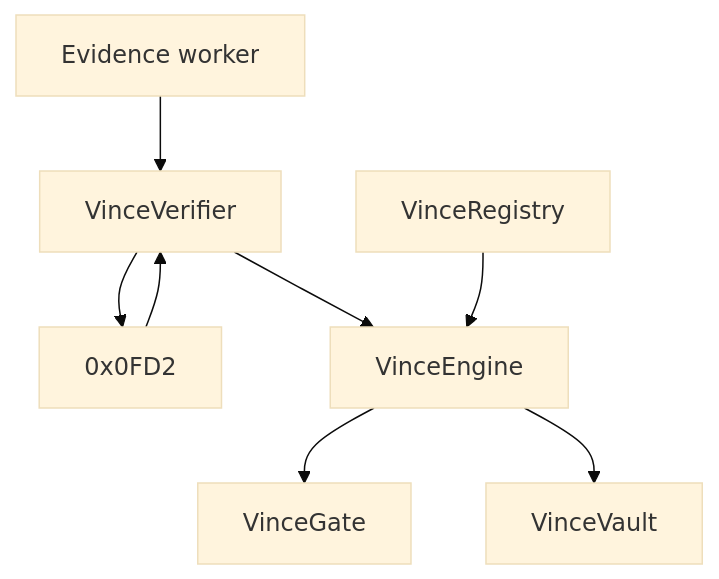
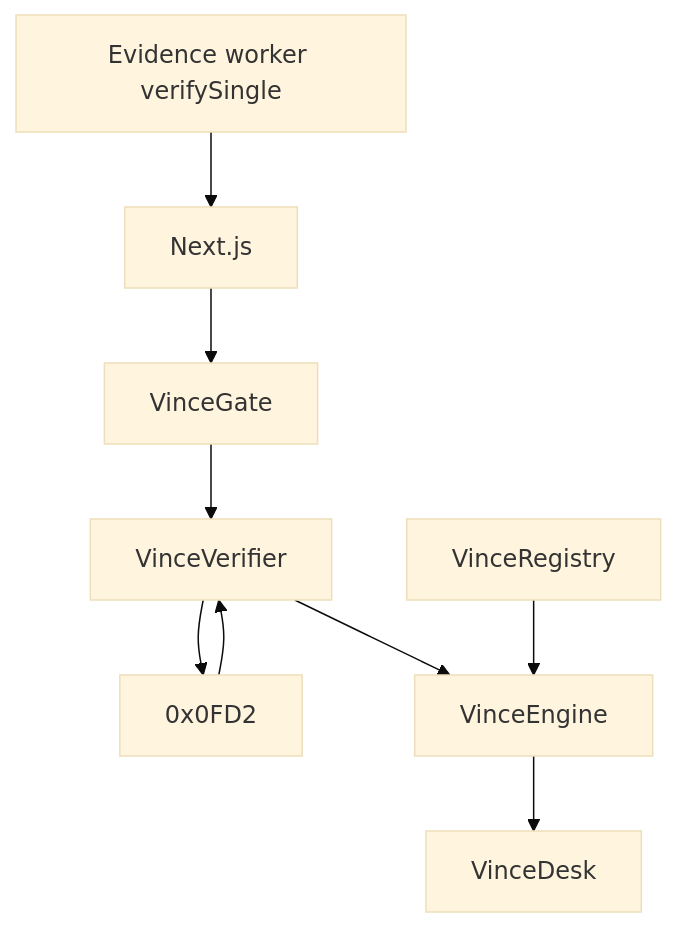
Before and after one commit to godspowerufot/VINCE: the diagram in docs/contracts/architecture.md, drawn with Mermaid (base theme). The commit also changed other lines of this file and 73 other files, not shown here.

First line of the commit message:
Settle VINCE on Creditcoin Testnet with gate, desk, and wallet submit.

````diff
--- a/docs/contracts/architecture.md
+++ b/docs/contracts/architecture.md
@@ -24,10 +22,11 @@
 ```mermaid
 flowchart TB
-  W["Evidence worker"] --> V["VinceVerifier"]
+  W["Evidence worker verifySingle"] --> UI["Next.js"]
+  UI --> G["VinceGate"]
+  G --> V["VinceVerifier"]
   V --> PRE["0x0FD2"]
   PRE --> V
   V --> E["VinceEngine"]
   R["VinceRegistry"] --> E
-  E --> G["VinceGate"]
-  E --> VA["VinceVault"]
+  E --> D["VinceDesk"]
 ```
````
